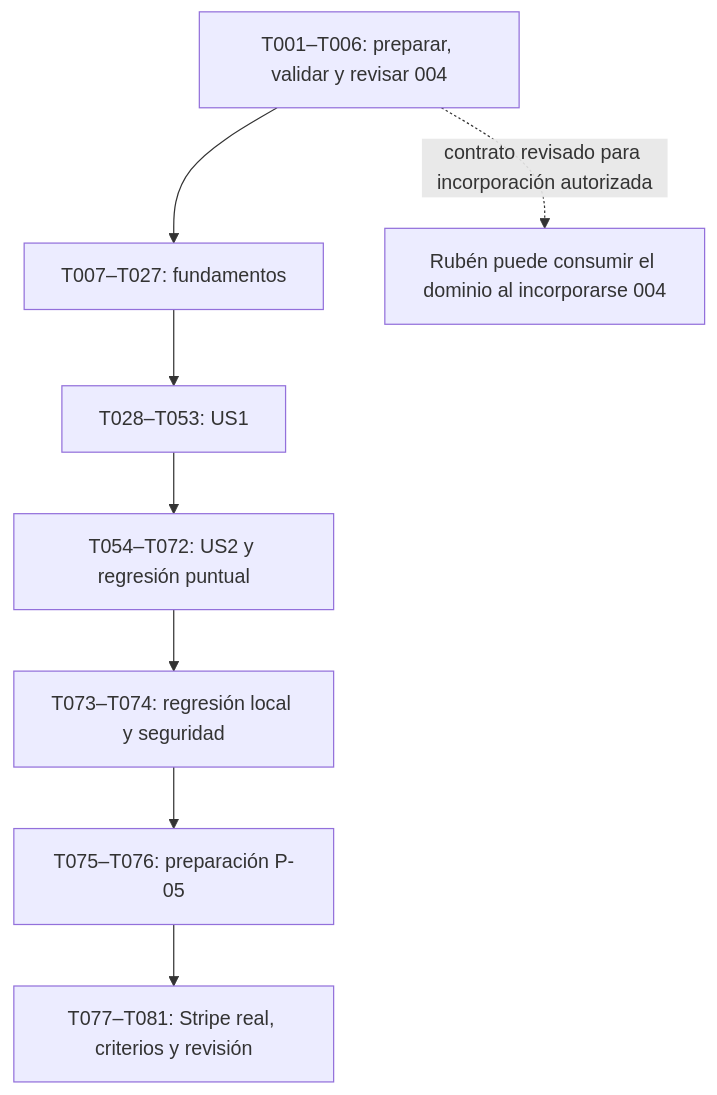
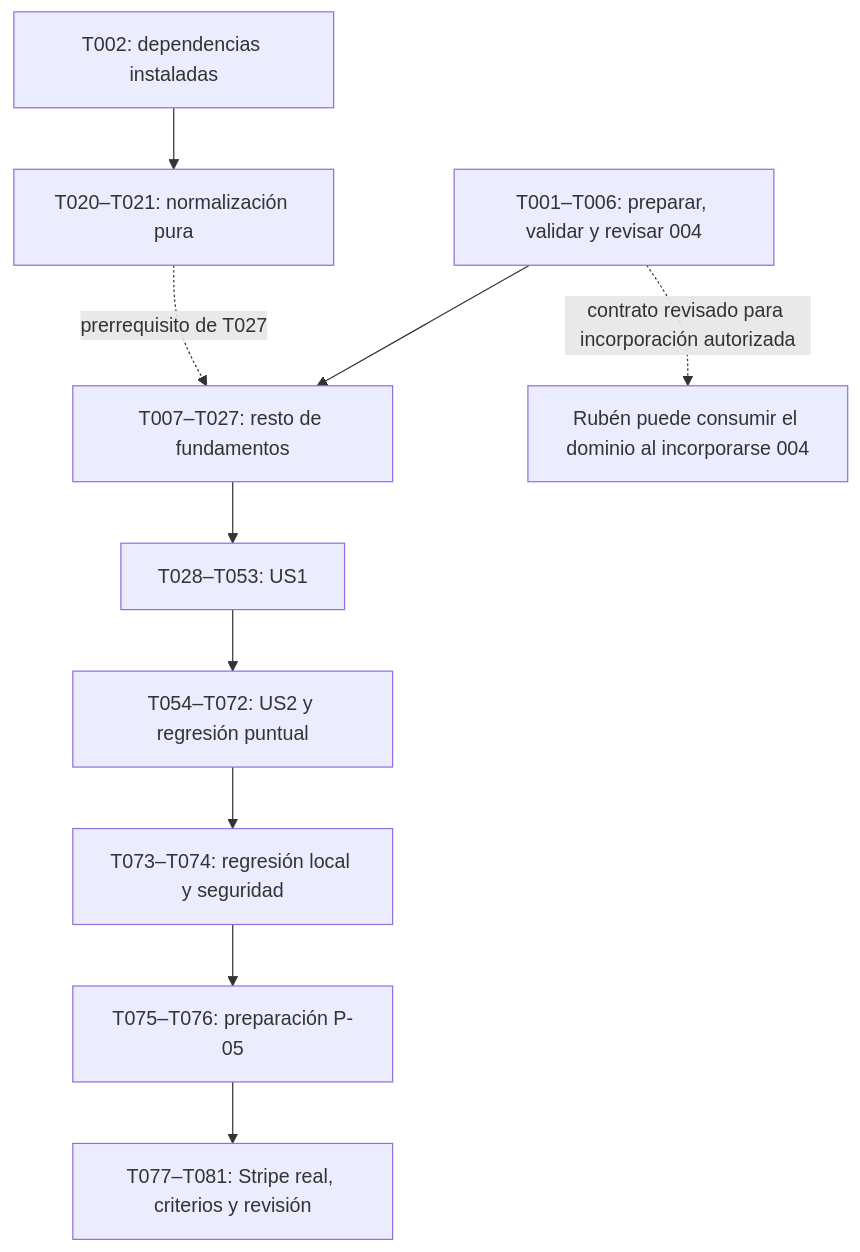
Before and after one commit to nmp55-ua/IWEB_ONG: the diagram in specs/spec-001/tasks.md, drawn with Mermaid. The commit also changed other lines of this file and 3 other files, not shown here.

````diff
--- a/specs/spec-001/tasks.md
+++ b/specs/spec-001/tasks.md
@@ -444,10 +458,12 @@
 ```mermaid
 flowchart TD
-    A["T001–T006: preparar, validar y revisar 004"] --> B["T007–T027: fundamentos"]
+    A["T001–T006: preparar, validar y revisar 004"] --> B["T007–T027: resto de fundamentos"]
     A -. "contrato revisado para incorporación autorizada" .-> R["Rubén puede consumir el dominio al incorporarse 004"]
+    N["T002: dependencias instaladas"] --> P["T020–T021: normalización pura"]
+    P -. "prerrequisito de T027" .-> B
     B --> C["T028–T053: US1"]
     C --> D["T054–T072: US2 y regresión puntual"]
     D --> E["T073–T074: regresión local y seguridad"]
     E --> F["T075–T076: preparación P-05"]
     F --> G["T077–T081: Stripe real, criterios y revisión"]
 ```
````
